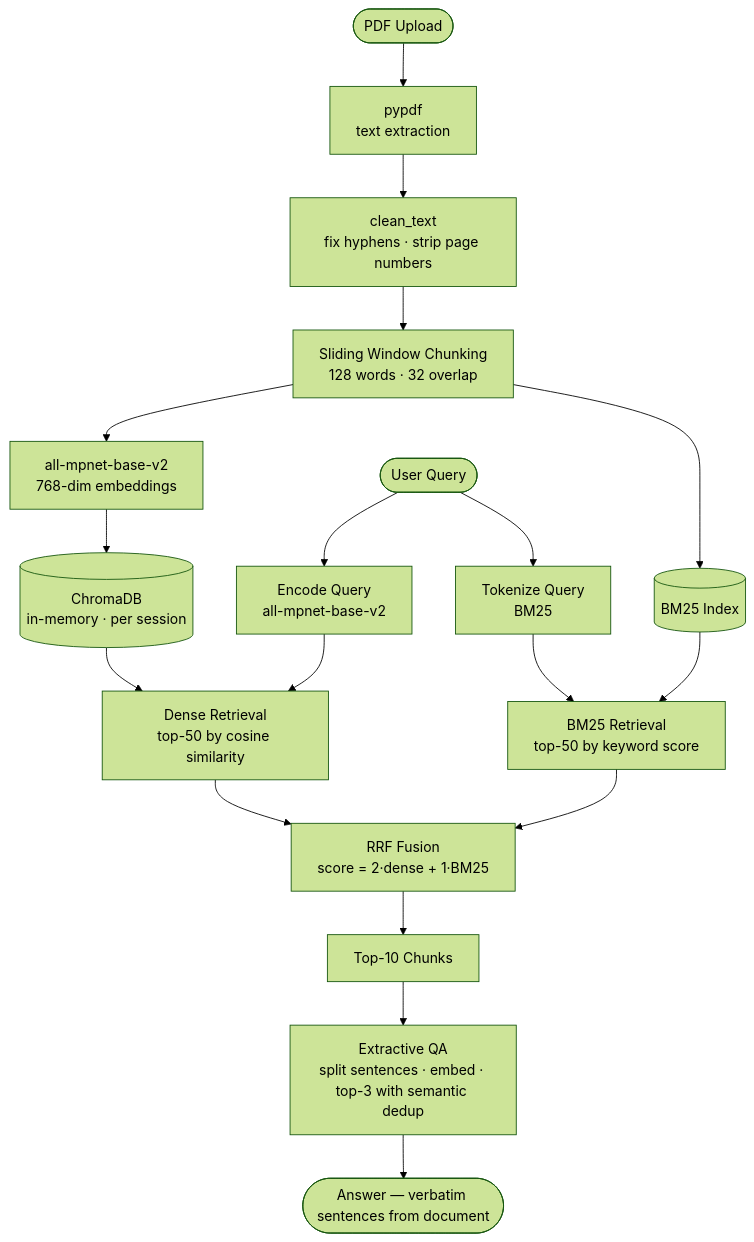
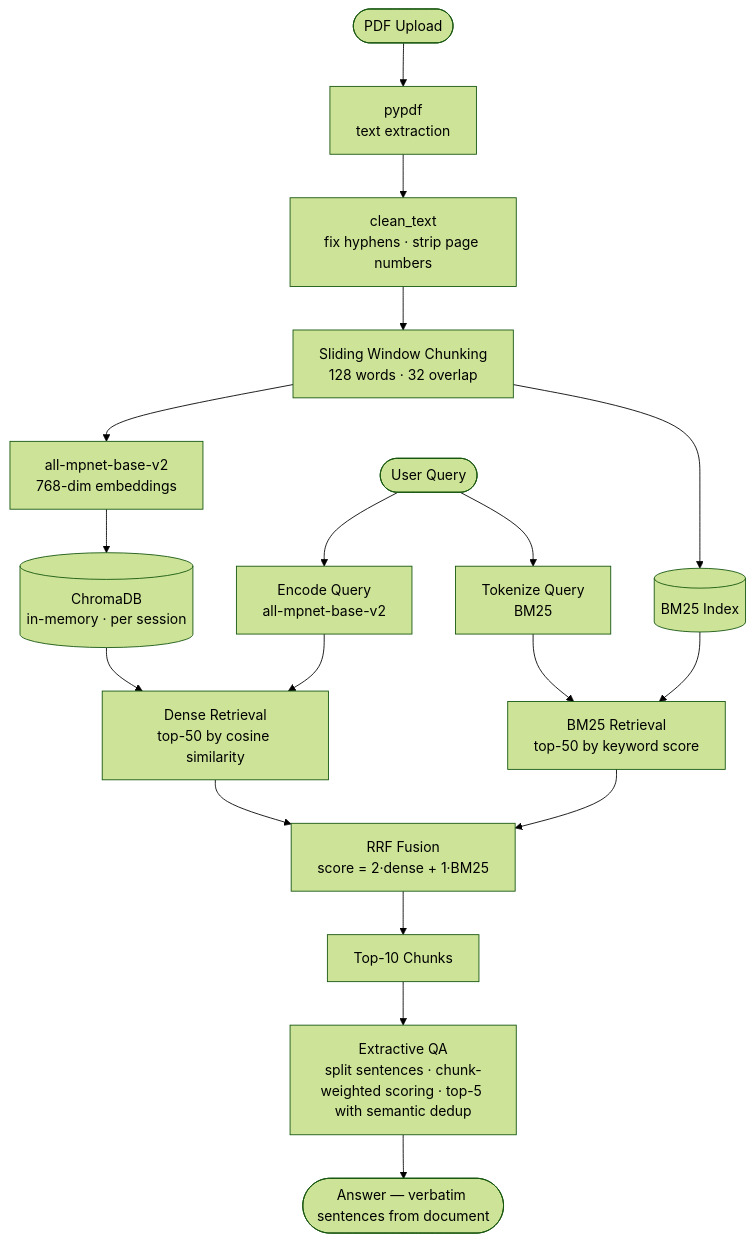
One commit to sumanthvelagala/document-rag changed the first of 2 diagrams in README.md. Above: the diagram before and after it, drawn with Mermaid (forest theme). The commit also changed other lines of this file and 2 other files, not shown here.

````diff
--- a/README.md
+++ b/README.md
@@ -17,23 +17,23 @@
 ```mermaid
 flowchart TD
     A([PDF Upload]) --> B[pypdf\ntext extraction]
     B --> C[clean_text\nfix hyphens · strip page numbers]
     C --> D[Sliding Window Chunking\n128 words · 32 overlap]
     D --> E[all-mpnet-base-v2\n768-dim embeddings]
     D --> G[(BM25 Index)]
     E --> F[(ChromaDB\nin-memory · per session)]
 
     Q([User Query]) --> QE[Encode Query\nall-mpnet-base-v2]
     Q --> QB[Tokenize Query\nBM25]
 
     QE --> DR[Dense Retrieval\ntop-50 by cosine similarity]
     QB --> BR[BM25 Retrieval\ntop-50 by keyword score]
     F --> DR
     G --> BR
 
     DR --> RRF[RRF Fusion\nscore = 2·dense + 1·BM25]
     BR --> RRF
     RRF --> TOP[Top-10 Chunks]
-    TOP --> EXT[Extractive QA\nsplit sentences · embed · top-3 with semantic dedup]
+    TOP --> EXT[Extractive QA\nsplit sentences · chunk-weighted scoring · top-5 with semantic dedup]
     EXT --> ANS([Answer — verbatim sentences from document])
 ```
````
